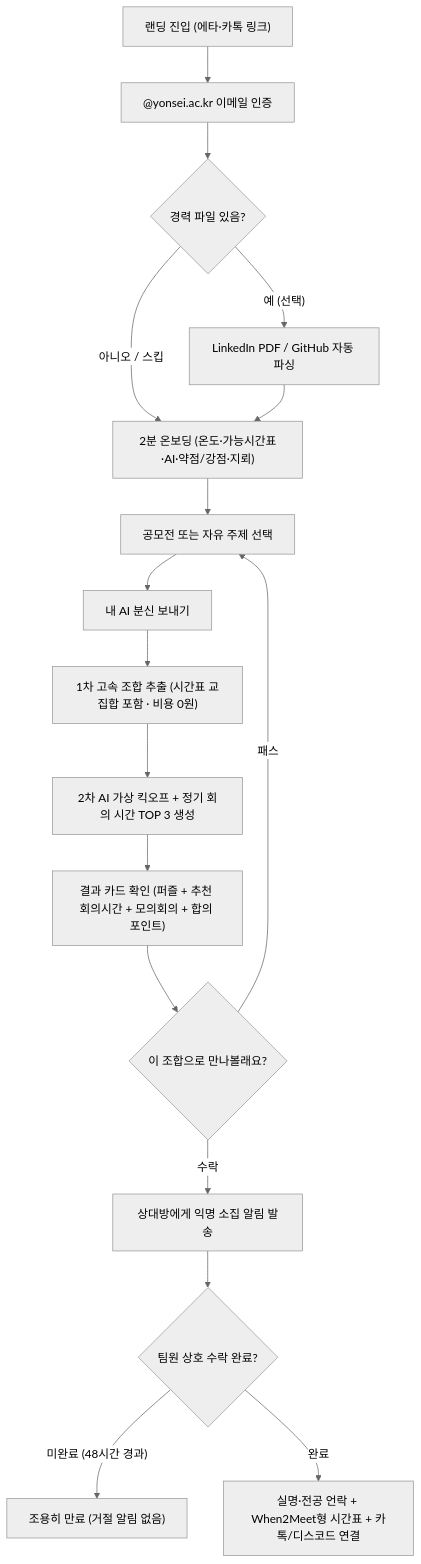
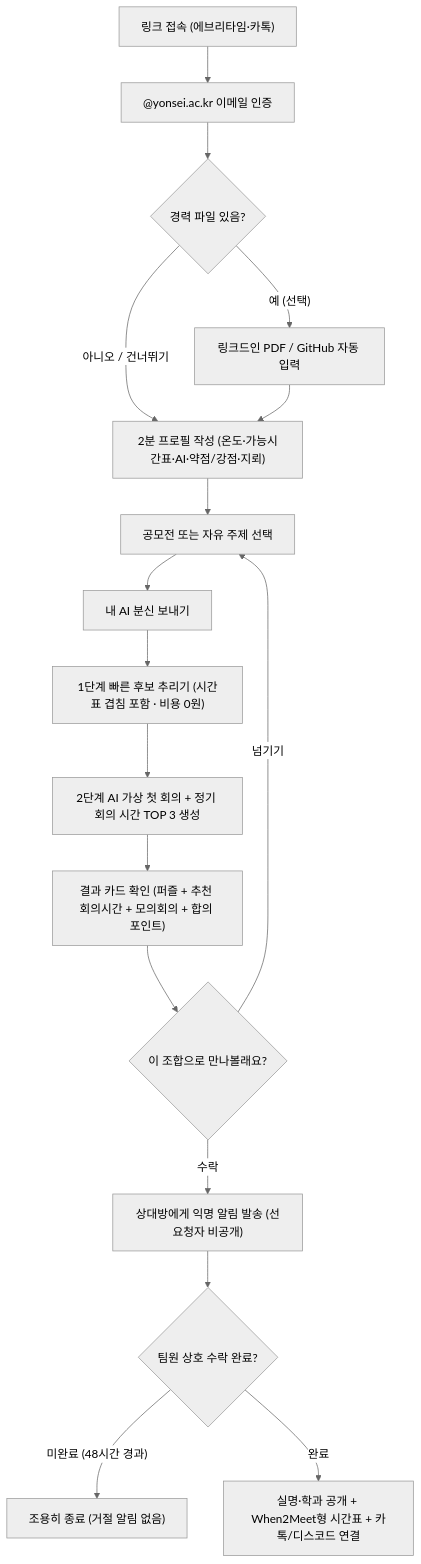
One commit to halieyyoon/yccthon_capybara changed the diagram in docs/proposal/05-workflow.md. Above: the diagram before and after it, drawn with Mermaid (neutral theme). The commit also changed other lines of this file and 13 other files, not shown here.

````diff
--- a/docs/proposal/05-workflow.md
+++ b/docs/proposal/05-workflow.md
@@ -9,19 +9,19 @@
 ```mermaid
 flowchart TD
-    A["랜딩 진입 (에타·카톡 링크)"] --> B["@yonsei.ac.kr 이메일 인증"]
+    A["링크 접속 (에브리타임·카톡)"] --> B["@yonsei.ac.kr 이메일 인증"]
     B --> C{"경력 파일 있음?"}
-    C -- "예 (선택)" --> D["LinkedIn PDF / GitHub 자동 파싱"]
-    C -- "아니오 / 스킵" --> E["2분 온보딩 (온도·AI·약점/강점·지뢰)"]
+    C -- "예 (선택)" --> D["링크드인 PDF / GitHub 자동 입력"]
+    C -- "아니오 / 건너뛰기" --> E["2분 프로필 작성 (온도·가능시간표·AI·약점/강점·지뢰)"]
     D --> E
-    E["2분 온보딩 (온도·가능시간표·AI·약점/강점·지뢰)"] --> F["공모전 또는 자유 주제 선택"]
+    E --> F["공모전 또는 자유 주제 선택"]
     F --> G["내 AI 분신 보내기"]
-    G --> H["1차 고속 조합 추출 (시간표 교집합 포함 · 비용 0원)"]
-    H --> I["2차 AI 가상 킥오프 + 정기 회의 시간 TOP 3 생성"]
+    G --> H["1단계 빠른 후보 추리기 (시간표 겹침 포함 · 비용 0원)"]
+    H --> I["2단계 AI 가상 첫 회의 + 정기 회의 시간 TOP 3 생성"]
     I --> J["결과 카드 확인 (퍼즐 + 추천 회의시간 + 모의회의 + 합의 포인트)"]
     J --> K{"이 조합으로 만나볼래요?"}
-    K -- "패스" --> F
-    K -- "수락" --> L["상대방에게 익명 소집 알림 발송"]
+    K -- "넘기기" --> F
+    K -- "수락" --> L["상대방에게 익명 알림 발송 (선요청자 비공개)"]
     L --> M{"팀원 상호 수락 완료?"}
-    M -- "미완료 (48시간 경과)" --> N["조용히 만료 (거절 알림 없음)"]
-    M -- "완료" --> O["실명·전공 언락 + When2Meet형 시간표 + 카톡/디스코드 연결"]
+    M -- "미완료 (48시간 경과)" --> N["조용히 종료 (거절 알림 없음)"]
+    M -- "완료" --> O["실명·학과 공개 + When2Meet형 시간표 + 카톡/디스코드 연결"]
 ```
````
